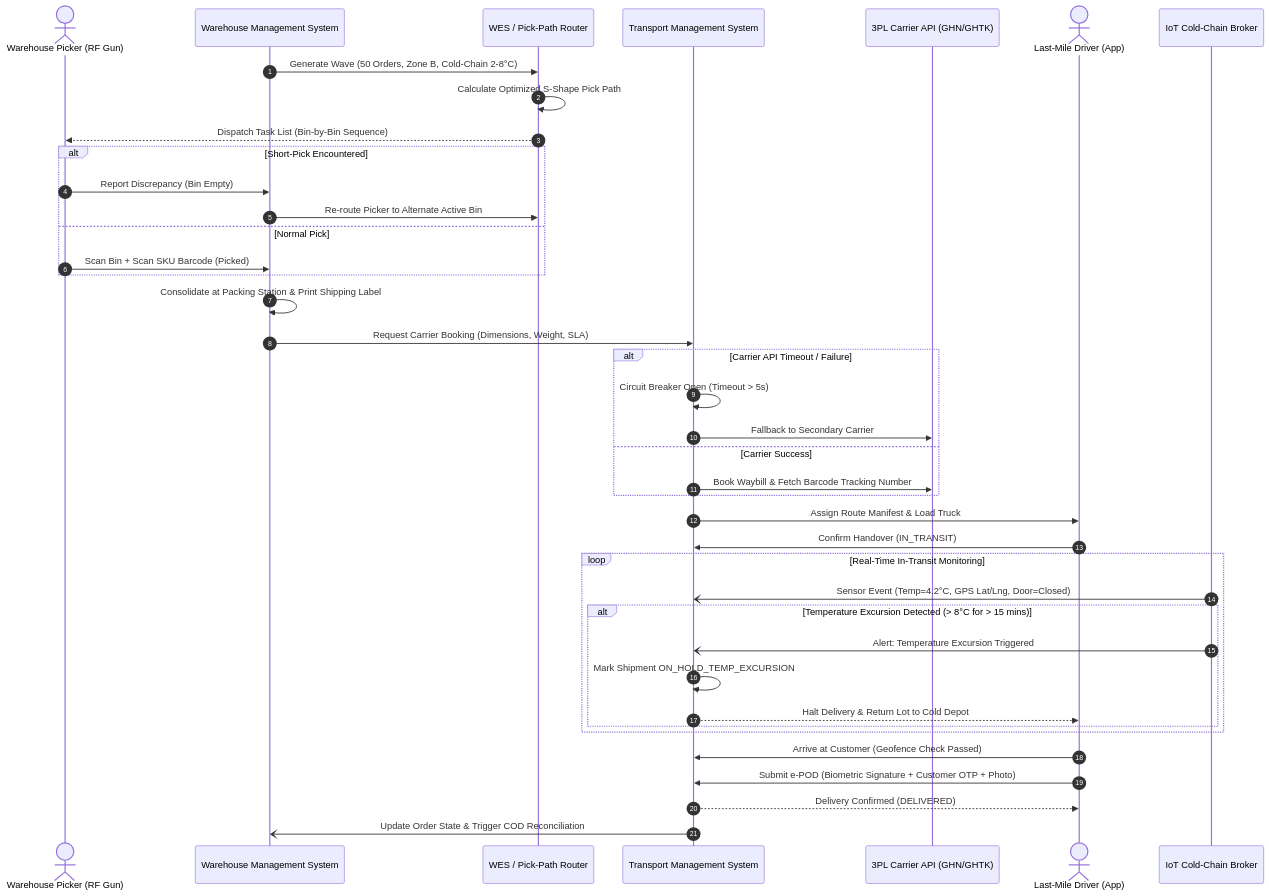
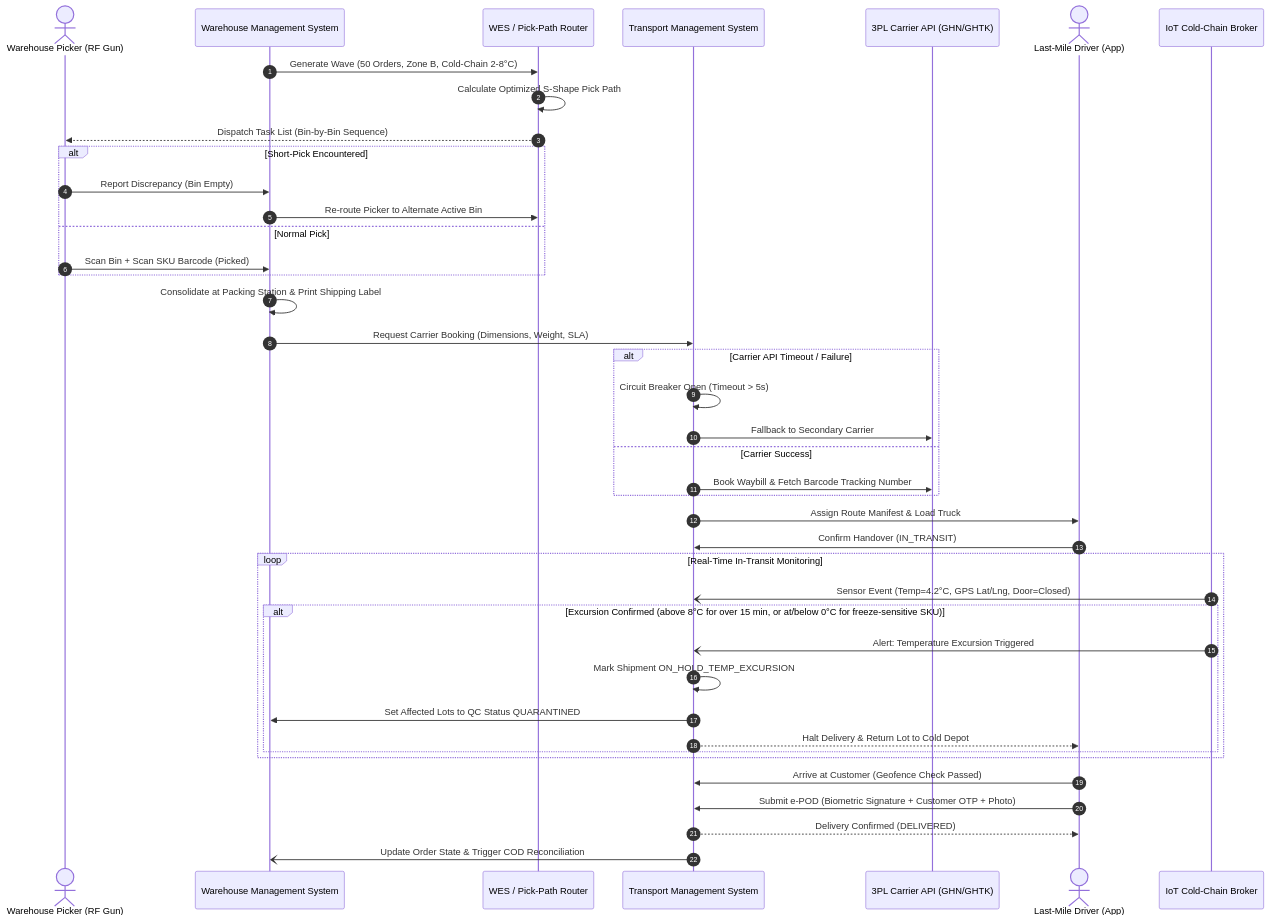
One commit to phamanhduc8577-hash/business-analyst-hub changed the second of 4 diagrams in docs/05-domain-knowledge/logistics-supply-chain/SMART-WMS-TMS-SPEC.md. Above: the diagram before and after it, drawn with Mermaid. The commit also changed other lines of this file and 3 other files, not shown here.

````diff
--- a/docs/05-domain-knowledge/logistics-supply-chain/SMART-WMS-TMS-SPEC.md
+++ b/docs/05-domain-knowledge/logistics-supply-chain/SMART-WMS-TMS-SPEC.md
@@ -87,49 +88,50 @@
 ```mermaid
 sequenceDiagram
     autonumber
     actor Picker as Warehouse Picker (RF Gun)
     participant WMS as Warehouse Management System
     participant WES as WES / Pick-Path Router
     participant TMS as Transport Management System
     participant CarrierAPI as 3PL Carrier API (GHN/GHTK)
     actor Driver as Last-Mile Driver (App)
     participant Telemetry as IoT Cold-Chain Broker
 
     WMS->>WES: Generate Wave (50 Orders, Zone B, Cold-Chain 2-8°C)
     WES->>WES: Calculate Optimized S-Shape Pick Path
     WES-->>Picker: Dispatch Task List (Bin-by-Bin Sequence)
     
     alt Short-Pick Encountered
         Picker->>WMS: Report Discrepancy (Bin Empty)
         WMS->>WES: Re-route Picker to Alternate Active Bin
     else Normal Pick
         Picker->>WMS: Scan Bin + Scan SKU Barcode (Picked)
     end
     
     WMS->>WMS: Consolidate at Packing Station & Print Shipping Label
     WMS->>TMS: Request Carrier Booking (Dimensions, Weight, SLA)
     
     alt Carrier API Timeout / Failure
         TMS->>TMS: Circuit Breaker Open (Timeout > 5s)
         TMS->>CarrierAPI: Fallback to Secondary Carrier
     else Carrier Success
         TMS->>CarrierAPI: Book Waybill & Fetch Barcode Tracking Number
     end
     
     TMS->>Driver: Assign Route Manifest & Load Truck
     Driver->>TMS: Confirm Handover (IN_TRANSIT)
     
     loop Real-Time In-Transit Monitoring
         Telemetry-)TMS: Sensor Event (Temp=4.2°C, GPS Lat/Lng, Door=Closed)
-        alt Temperature Excursion Detected (> 8°C for > 15 mins)
+        alt Excursion Confirmed (above 8°C for over 15 min, or at/below 0°C for freeze-sensitive SKU)
             Telemetry-)TMS: Alert: Temperature Excursion Triggered
             TMS->>TMS: Mark Shipment ON_HOLD_TEMP_EXCURSION
+            TMS->>WMS: Set Affected Lots to QC Status QUARANTINED
             TMS-->>Driver: Halt Delivery & Return Lot to Cold Depot
         end
     end
     
     Driver->>TMS: Arrive at Customer (Geofence Check Passed)
     Driver->>TMS: Submit e-POD (Biometric Signature + Customer OTP + Photo)
     TMS-->>Driver: Delivery Confirmed (DELIVERED)
     TMS-)WMS: Update Order State & Trigger COD Reconciliation
 ```
````
